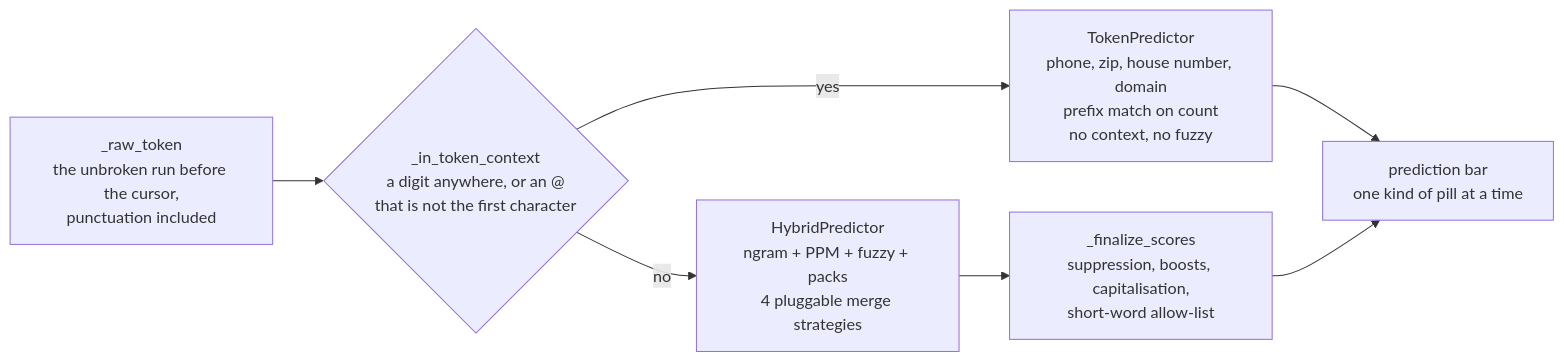
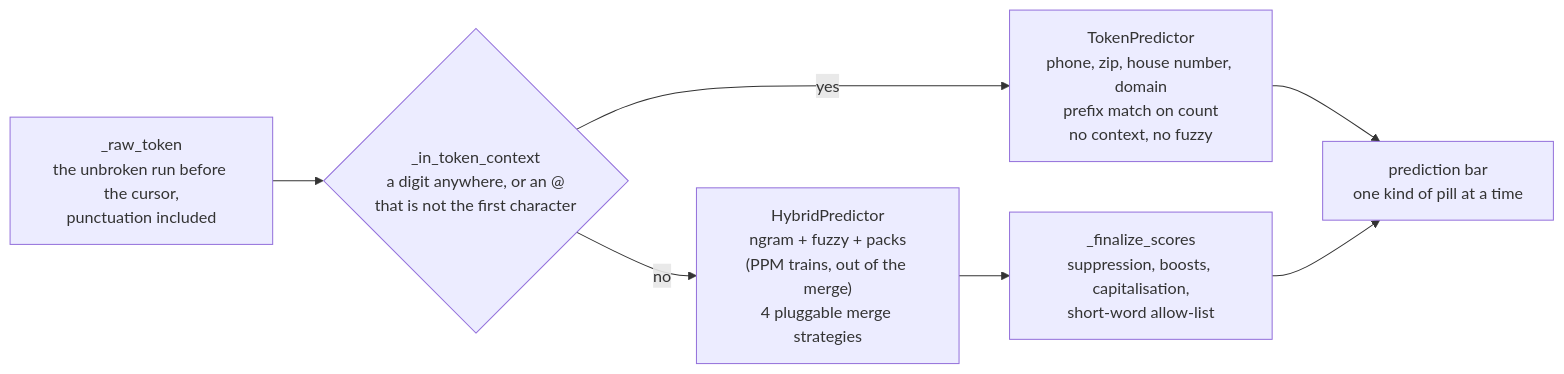
The second of 2 diagrams in docs/architecture/STRUCTURAL_REVIEW.md (owenpkent/alpha-osk), drawn with Mermaid before and after one commit. The commit also changed 7 other files, not shown here.

````diff
--- a/docs/architecture/STRUCTURAL_REVIEW.md
+++ b/docs/architecture/STRUCTURAL_REVIEW.md
@@ -68,16 +68,16 @@
 ```mermaid
 flowchart LR
     RT["_raw_token<br/>the unbroken run before the cursor,<br/>punctuation included"]
     D{"_in_token_context<br/>a digit anywhere, or an @<br/>that is not the first character"}
     TP["TokenPredictor<br/>phone, zip, house number, domain<br/>prefix match on count<br/>no context, no fuzzy"]
-    HP["HybridPredictor<br/>ngram + PPM + fuzzy + packs<br/>4 pluggable merge strategies"]
+    HP["HybridPredictor<br/>ngram + fuzzy + packs<br/>(PPM trains, out of the merge)<br/>4 pluggable merge strategies"]
     FS["_finalize_scores<br/>suppression, boosts, capitalisation,<br/>short-word allow-list"]
     BAR["prediction bar<br/>one kind of pill at a time"]
 
     RT --> D
     D -->|yes| TP
     D -->|no| HP
     HP --> FS
     TP --> BAR
     FS --> BAR
 ```
````
